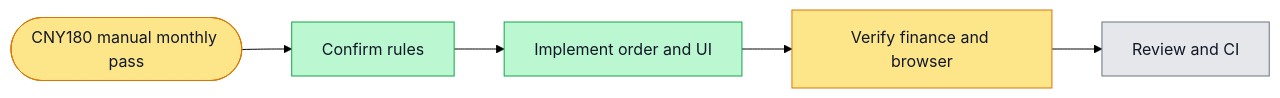
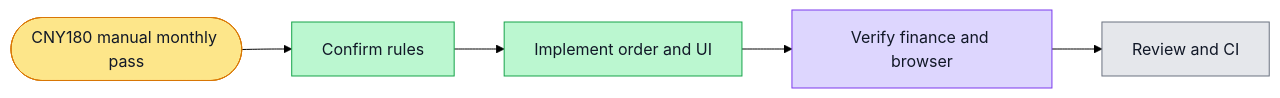
One commit to boardx/workspacex changed the diagram in docs/superpowers/plans/2026-10-30-manual-monthly-pass.md. Above: the diagram before and after it, drawn with Mermaid (forest theme). The commit also changed other lines of this file and 2 other files, not shown here.

````diff
--- a/docs/superpowers/plans/2026-10-30-manual-monthly-pass.md
+++ b/docs/superpowers/plans/2026-10-30-manual-monthly-pass.md
@@ -31,14 +31,15 @@
 ```mermaid
 flowchart LR
   G([CNY180 manual monthly pass]) --> S1[Confirm rules] --> S2[Implement order and UI] --> S3[Verify finance and browser] --> S4[Review and CI]
   classDef todo fill:#e5e7eb,stroke:#6b7280,color:#111827
   classDef doing fill:#fde68a,stroke:#d97706,color:#111827
   classDef done fill:#bbf7d0,stroke:#16a34a,color:#111827
   classDef tested fill:#ddd6fe,stroke:#7c3aed,color:#111827
   classDef blocked fill:#fecaca,stroke:#dc2626,color:#111827
   class G doing
   class S1 done
   class S2 done
-  class S3 doing
+  class S3 tested
+  %% evidence S3: 121 API/PG and78 UI passed; browser and signed callback/PG evidence in PR6039
   class S4 todo
 ```
````
